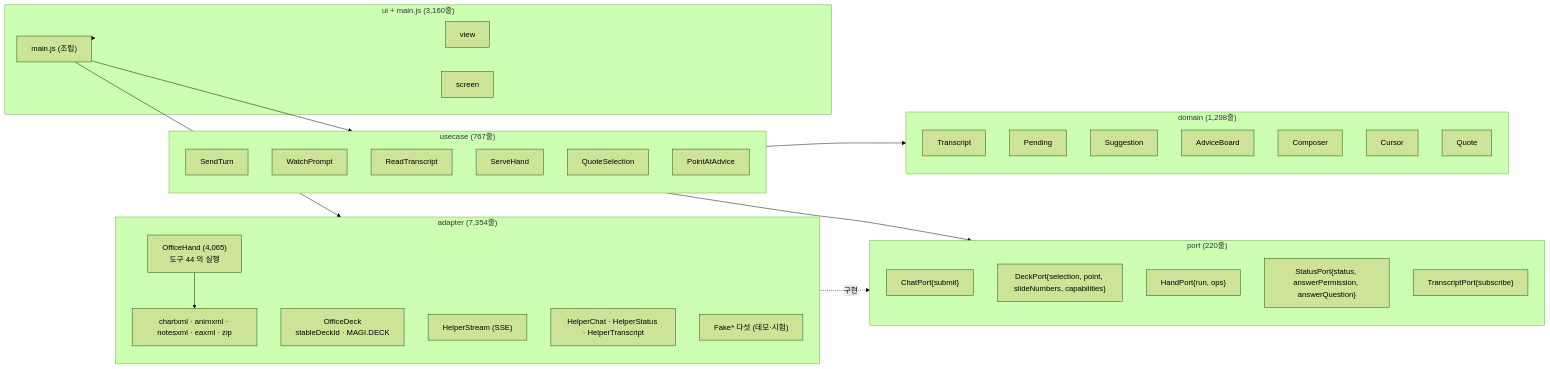
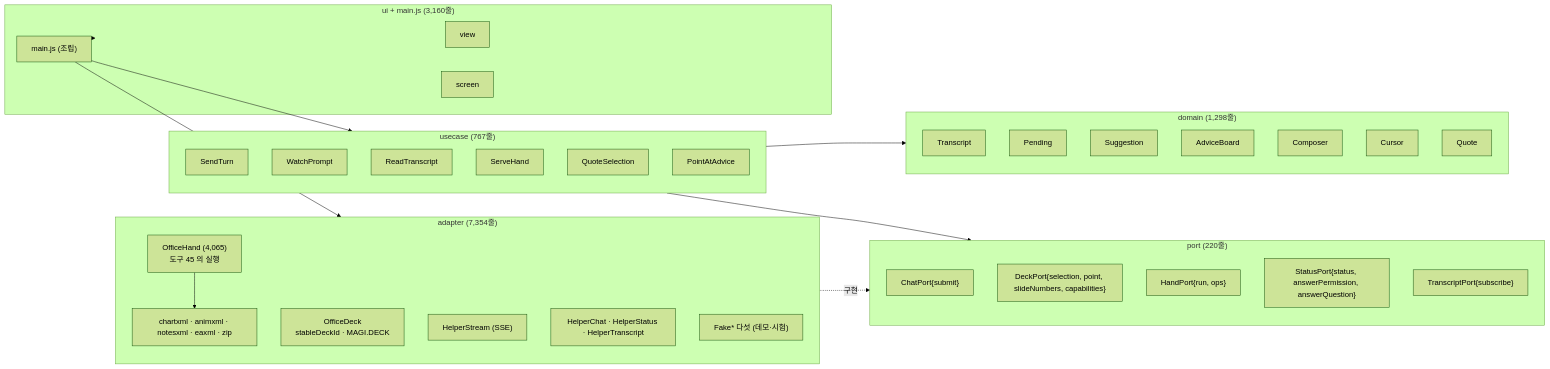
Before and after one commit to sayaya1090/magi: the sixth of 7 diagrams in clients/powerpoint/docs/DIAGRAMS.ko.md, drawn with Mermaid (forest theme). The commit also changed other lines of this file and 10 other files, not shown here.

````diff
--- a/clients/powerpoint/docs/DIAGRAMS.ko.md
+++ b/clients/powerpoint/docs/DIAGRAMS.ko.md
@@ -213,47 +213,47 @@
 ```mermaid
 flowchart LR
   subgraph domain["domain (1,298줄)"]
     Transcript
     Pending
     Suggestion
     AdviceBoard
     Composer
     Cursor
     Quote
   end
   subgraph port["port (220줄)"]
     ChatPort["ChatPort{submit}"]
     DeckPort["DeckPort{selection, point, slideNumbers, capabilities}"]
     HandPort["HandPort{run, ops}"]
     StatusPort["StatusPort{status, answerPermission, answerQuestion}"]
     TranscriptPort["TranscriptPort{subscribe}"]
   end
   subgraph usecase["usecase (767줄)"]
     SendTurn
     WatchPrompt
     ReadTranscript
     ServeHand
     QuoteSelection
     PointAtAdvice
   end
   subgraph adapter["adapter (7,354줄)"]
-    OfficeHand["OfficeHand (4,065)<br/>도구 44 의 실행"]
+    OfficeHand["OfficeHand (4,065)<br/>도구 45 의 실행"]
     OfficeDeck["OfficeDeck<br/>stableDeckId · MAGI.DECK"]
     HelperStream["HelperStream (SSE)"]
     HelperPorts["HelperChat · HelperStatus · HelperTranscript"]
     ooxml["chartxml · animxml · notesxml · eaxml · zip"]
     Fakes["Fake* 다섯 (데모·시험)"]
   end
   subgraph ui["ui + main.js (3,160줄)"]
     view
     screen
     main["main.js (조립)"]
   end
   usecase --> domain
   usecase --> port
   adapter -.구현.-> port
   OfficeHand --> ooxml
   main --> usecase
   main --> adapter
   main --> ui
 ```
````
